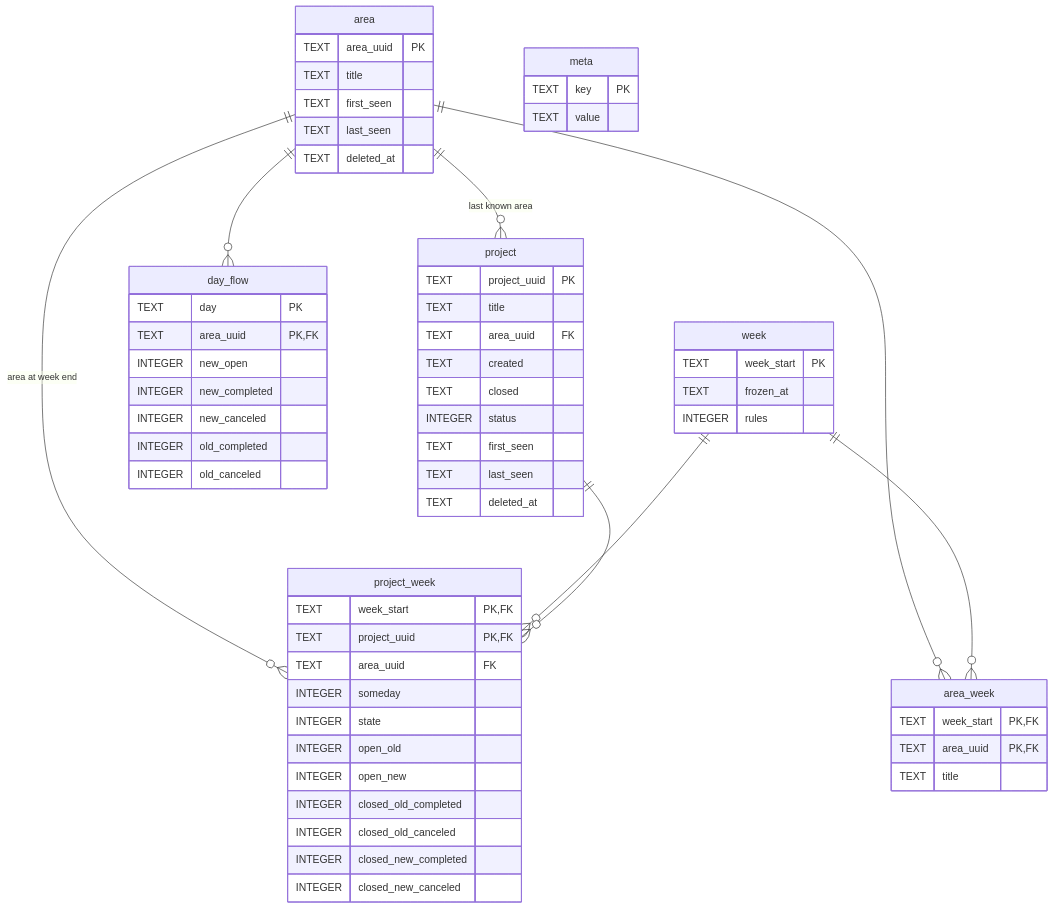
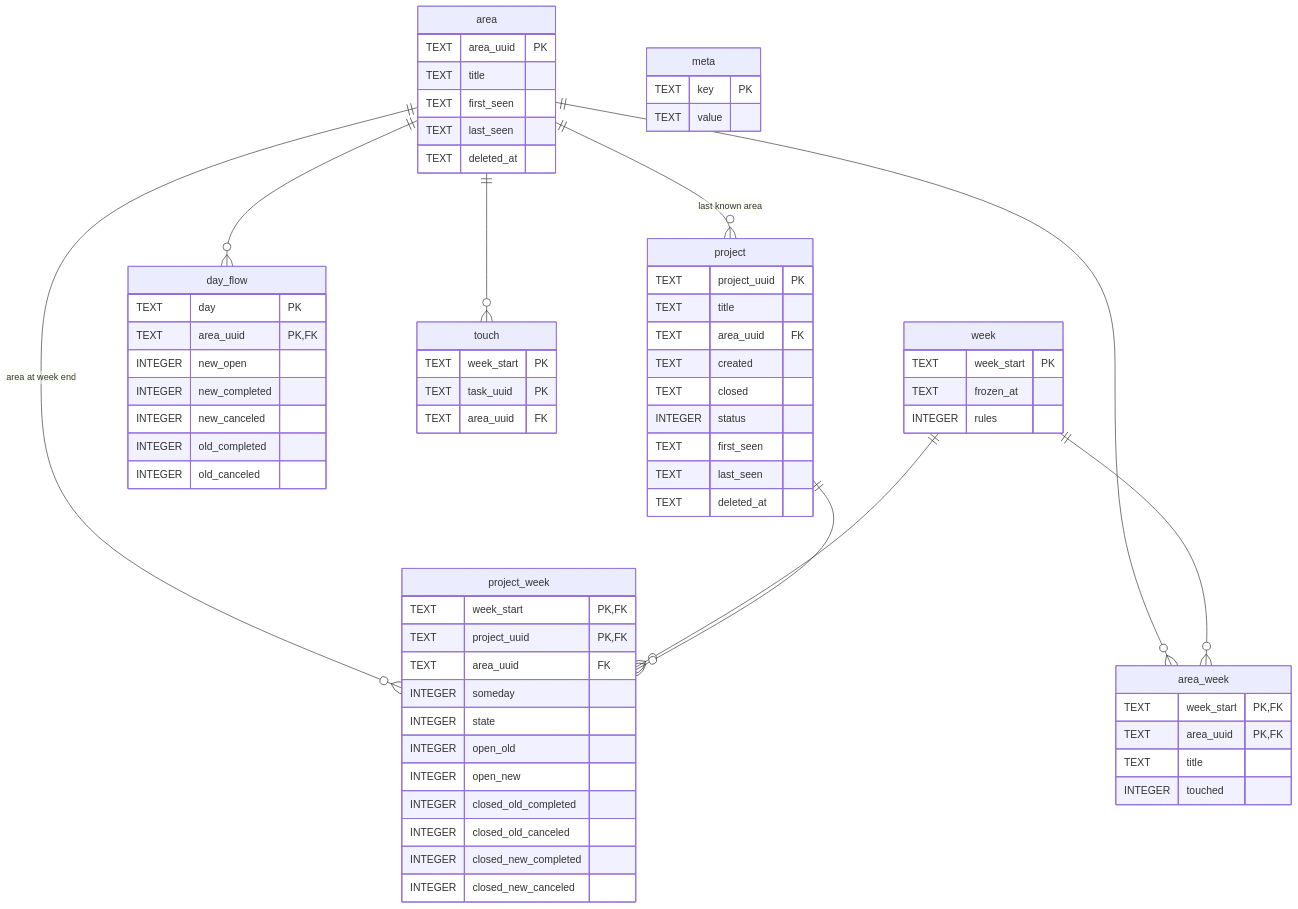
Before and after one commit to newrlan/things3-dash: the diagram in docs/history-schema.md, drawn with Mermaid. The commit also changed other lines of this file and 4 other files, not shown here.

````diff
--- a/docs/history-schema.md
+++ b/docs/history-schema.md
@@ -17,65 +17,72 @@
 ```mermaid
 erDiagram
     area ||--o{ project : "last known area"
     area ||--o{ day_flow : ""
     area ||--o{ area_week : ""
     area ||--o{ project_week : "area at week end"
+    area ||--o{ touch : ""
     week ||--o{ area_week : ""
     week ||--o{ project_week : ""
     project ||--o{ project_week : ""
 
     area {
         TEXT area_uuid PK
         TEXT title
         TEXT first_seen
         TEXT last_seen
         TEXT deleted_at
     }
     project {
         TEXT project_uuid PK
         TEXT title
         TEXT area_uuid FK
         TEXT created
         TEXT closed
         INTEGER status
         TEXT first_seen
         TEXT last_seen
         TEXT deleted_at
     }
     meta {
         TEXT key PK
         TEXT value
     }
     week {
         TEXT week_start PK
         TEXT frozen_at
         INTEGER rules
     }
     day_flow {
         TEXT day PK
         TEXT area_uuid PK, FK
         INTEGER new_open
         INTEGER new_completed
         INTEGER new_canceled
         INTEGER old_completed
         INTEGER old_canceled
     }
     area_week {
         TEXT week_start PK, FK
         TEXT area_uuid PK, FK
         TEXT title
+        INTEGER touched
+    }
+    touch {
+        TEXT week_start PK
+        TEXT task_uuid PK
+        TEXT area_uuid FK
     }
     project_week {
         TEXT week_start PK, FK
         TEXT project_uuid PK, FK
         TEXT area_uuid FK
         INTEGER someday
         INTEGER state
         INTEGER open_old
         INTEGER open_new
         INTEGER closed_old_completed
         INTEGER closed_old_canceled
         INTEGER closed_new_completed
         INTEGER closed_new_canceled
     }
 ```
````
